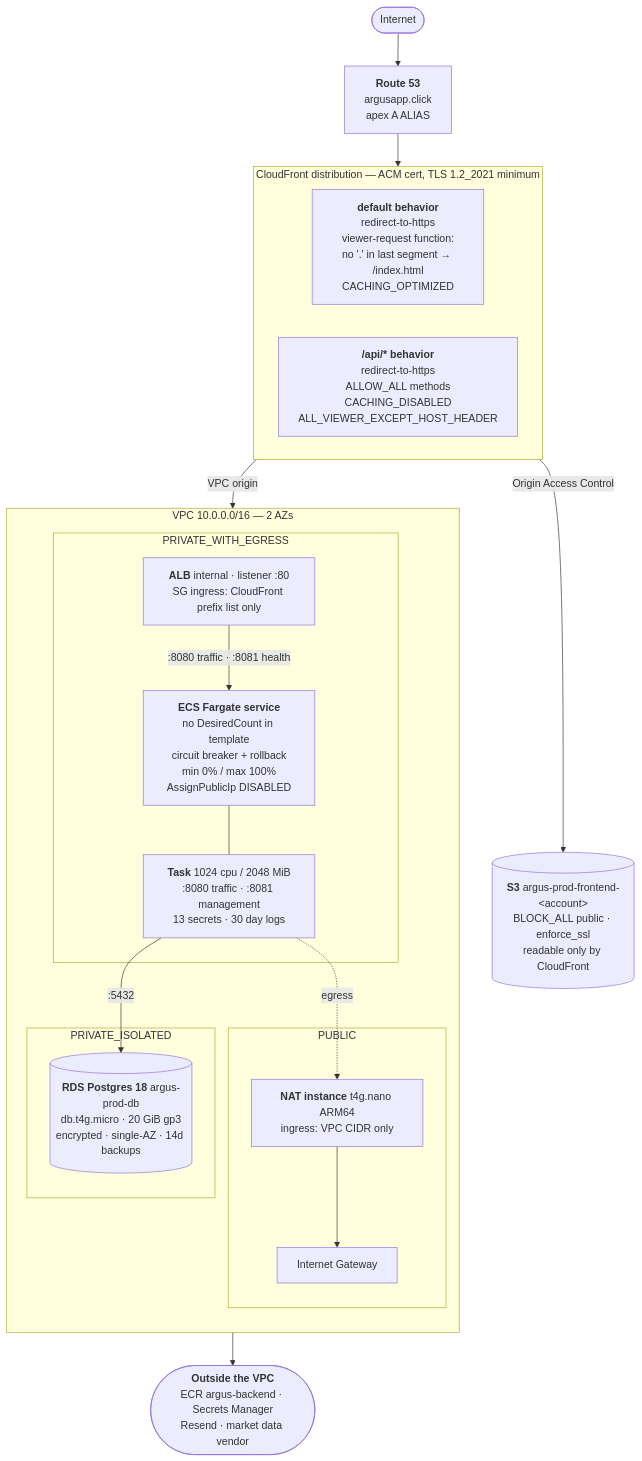
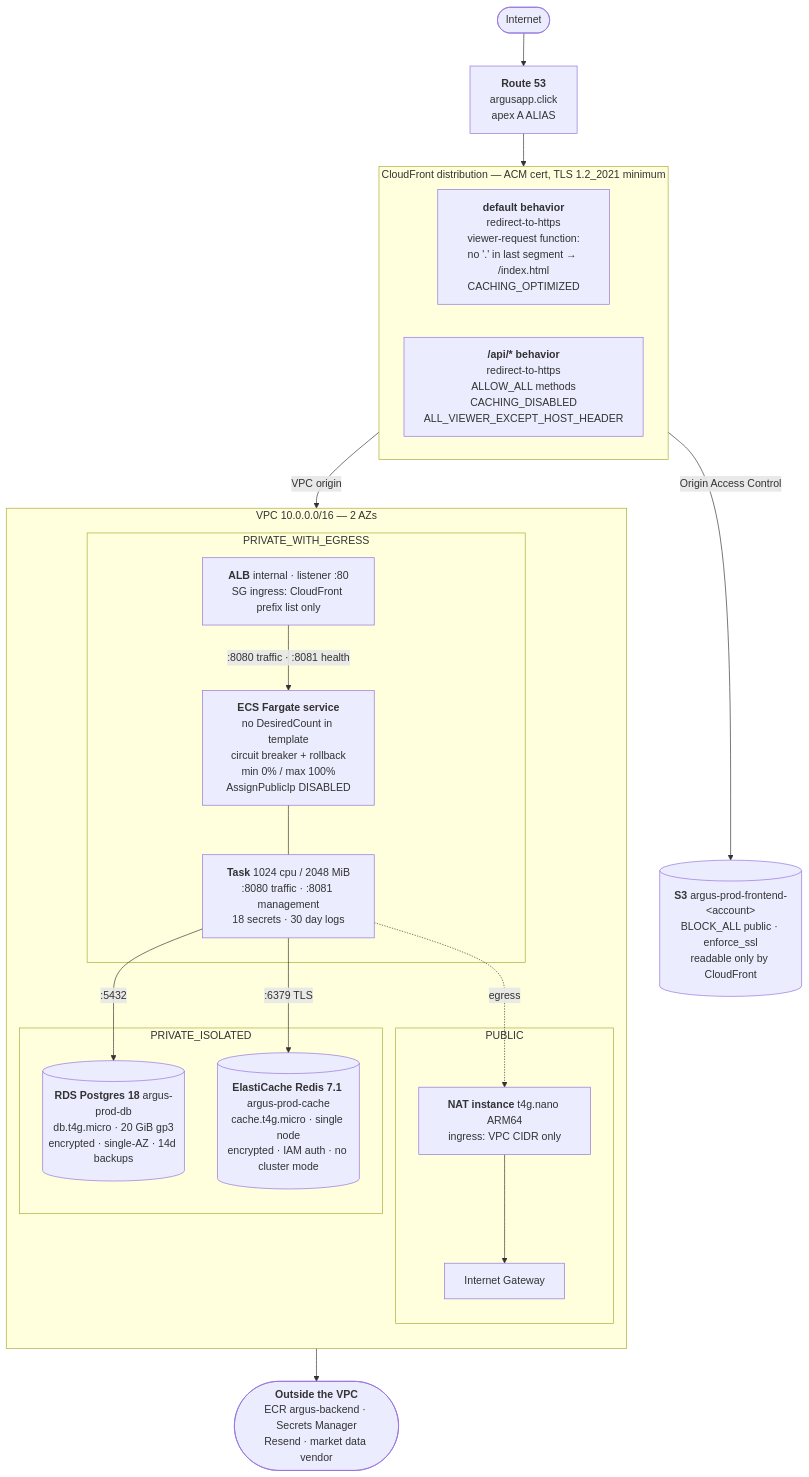
The first of 2 diagrams in infra/ARCHITECTURE.md (rafaeljc/argus), drawn with Mermaid before and after one commit. The commit also changed other lines of this file and 24 other files, not shown here.

````diff
--- a/infra/ARCHITECTURE.md
+++ b/infra/ARCHITECTURE.md
@@ -12,42 +12,44 @@
 ```mermaid
 flowchart TB
     internet(["Internet"])
     r53["<b>Route 53</b><br/>argusapp.click<br/>apex A ALIAS"]
 
     subgraph cf ["CloudFront distribution — ACM cert, TLS 1.2_2021 minimum"]
         direction LR
         default["<b>default behavior</b><br/>redirect-to-https<br/>viewer-request function:<br/>no '.' in last segment → /index.html<br/>CACHING_OPTIMIZED"]
         api["<b>/api/* behavior</b><br/>redirect-to-https<br/>ALLOW_ALL methods<br/>CACHING_DISABLED<br/>ALL_VIEWER_EXCEPT_HOST_HEADER"]
     end
 
     s3[("<b>S3</b> argus-prod-frontend-&lt;account&gt;<br/>BLOCK_ALL public · enforce_ssl<br/>readable only by CloudFront")]
 
     subgraph vpc ["VPC 10.0.0.0/16 — 2 AZs"]
         direction TB
 
         subgraph public ["PUBLIC"]
             nat["<b>NAT instance</b> t4g.nano ARM64<br/>ingress: VPC CIDR only"]
             igw["Internet Gateway"]
         end
 
         subgraph app ["PRIVATE_WITH_EGRESS"]
             alb["<b>ALB</b> internal · listener :80<br/>SG ingress: CloudFront prefix list only"]
             svc["<b>ECS Fargate service</b><br/>no DesiredCount in template<br/>circuit breaker + rollback<br/>min 0% / max 100%<br/>AssignPublicIp DISABLED"]
-            task["<b>Task</b> 1024 cpu / 2048 MiB<br/>:8080 traffic · :8081 management<br/>13 secrets · 30 day logs"]
+            task["<b>Task</b> 1024 cpu / 2048 MiB<br/>:8080 traffic · :8081 management<br/>18 secrets · 30 day logs"]
         end
 
         subgraph data ["PRIVATE_ISOLATED"]
             rds[("<b>RDS Postgres 18</b> argus-prod-db<br/>db.t4g.micro · 20 GiB gp3<br/>encrypted · single-AZ · 14d backups")]
+            redis[("<b>ElastiCache Redis 7.1</b> argus-prod-cache<br/>cache.t4g.micro · single node<br/>encrypted · IAM auth · no cluster mode")]
         end
     end
 
     external(["<b>Outside the VPC</b><br/>ECR argus-backend · Secrets Manager<br/>Resend · market data vendor"])
 
     internet --> r53 --> cf
     default -->|Origin Access Control| s3
     api -->|VPC origin| alb
     alb -->|":8080 traffic · :8081 health"| svc
     svc --- task
     task -->|":5432"| rds
+    task -->|":6379 TLS"| redis
     task -.->|egress| nat --> igw --> external
 ```
````
